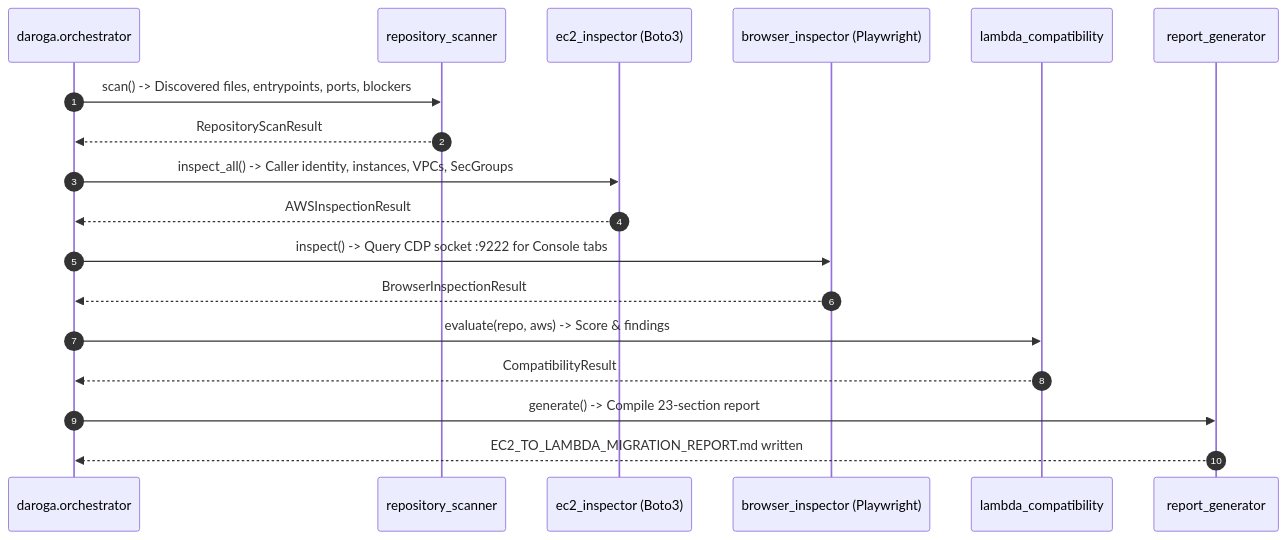
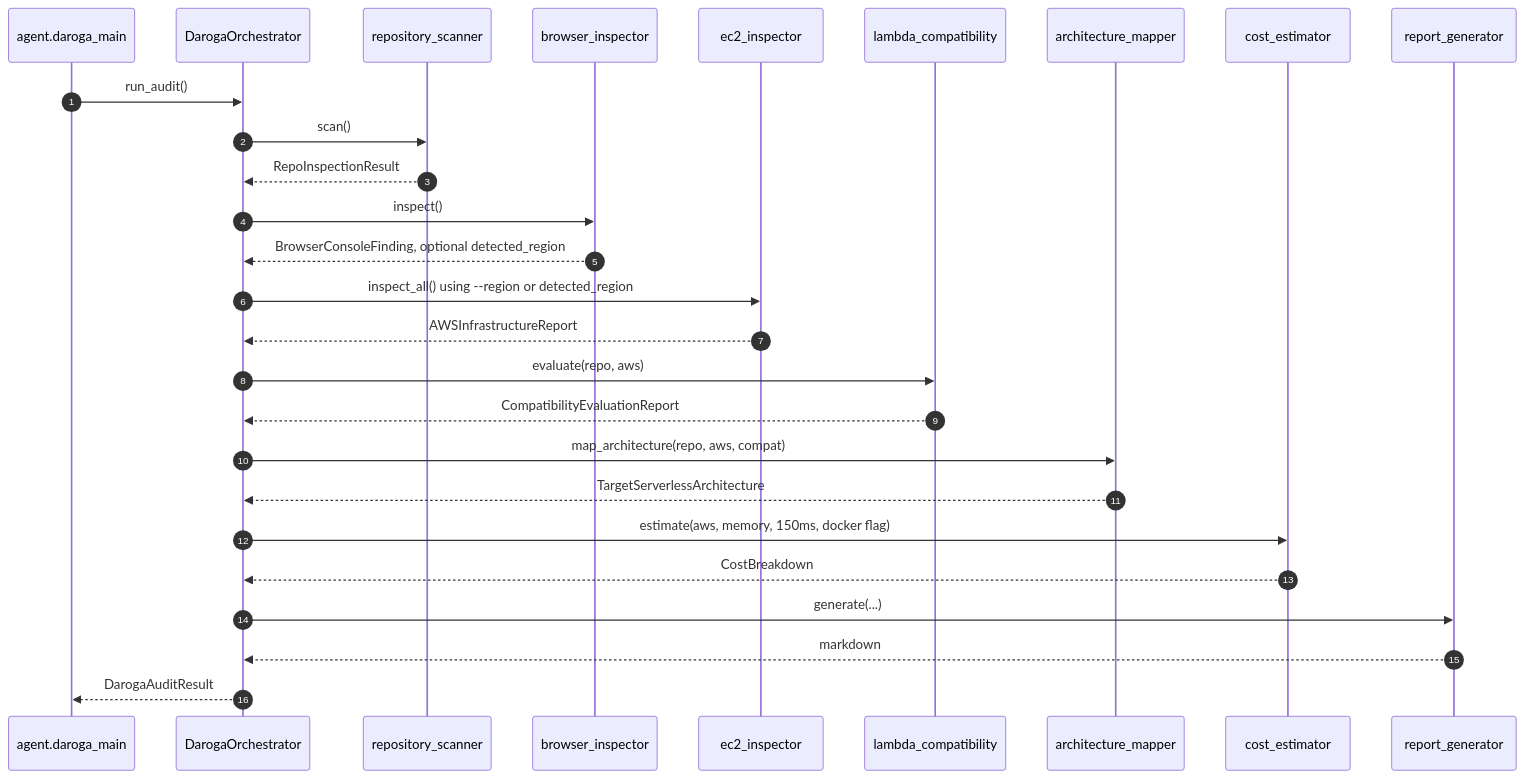
One commit to dhawalshankar/daroga changed the second of 4 diagrams in docs/ARCHITECTURE.md. Above: the diagram before and after it, drawn with Mermaid. The commit also changed other lines of this file and 6 other files, not shown here.

Commit message:
docs: update architecture and CLI reference for clarity and consistency, enhance PRD with detailed scope and migration process

````diff
--- a/docs/ARCHITECTURE.md
+++ b/docs/ARCHITECTURE.md
@@ -41,21 +55,30 @@
 ```mermaid
 sequenceDiagram
     autonumber
-    participant Orch as daroga.orchestrator
+    participant CLI as agent.daroga_main
+    participant Orch as DarogaOrchestrator
     participant Scan as repository_scanner
-    participant AWS as ec2_inspector (Boto3)
-    participant CDP as browser_inspector (Playwright)
+    participant CDP as browser_inspector
+    participant AWS as ec2_inspector
     participant Compat as lambda_compatibility
-    participant RepGen as report_generator
+    participant Map as architecture_mapper
+    participant Cost as cost_estimator
+    participant Rep as report_generator
 
-    Orch->>Scan: scan() -> Discovered files, entrypoints, ports, blockers
-    Scan-->>Orch: RepositoryScanResult
-    Orch->>AWS: inspect_all() -> Caller identity, instances, VPCs, SecGroups
-    AWS-->>Orch: AWSInspectionResult
-    Orch->>CDP: inspect() -> Query CDP socket :9222 for Console tabs
-    CDP-->>Orch: BrowserInspectionResult
-    Orch->>Compat: evaluate(repo, aws) -> Score & findings
-    Compat-->>Orch: CompatibilityResult
-    Orch->>RepGen: generate() -> Compile 23-section report
-    RepGen-->>Orch: EC2_TO_LAMBDA_MIGRATION_REPORT.md written
+    CLI->>Orch: run_audit()
+    Orch->>Scan: scan()
+    Scan-->>Orch: RepoInspectionResult
+    Orch->>CDP: inspect()
+    CDP-->>Orch: BrowserConsoleFinding, optional detected_region
+    Orch->>AWS: inspect_all() using --region or detected_region
+    AWS-->>Orch: AWSInfrastructureReport
+    Orch->>Compat: evaluate(repo, aws)
+    Compat-->>Orch: CompatibilityEvaluationReport
+    Orch->>Map: map_architecture(repo, aws, compat)
+    Map-->>Orch: TargetServerlessArchitecture
+    Orch->>Cost: estimate(aws, memory, 150ms, docker flag)
+    Cost-->>Orch: CostBreakdown
+    Orch->>Rep: generate(...)
+    Rep-->>Orch: markdown
+    Orch-->>CLI: DarogaAuditResult
 ```
````
